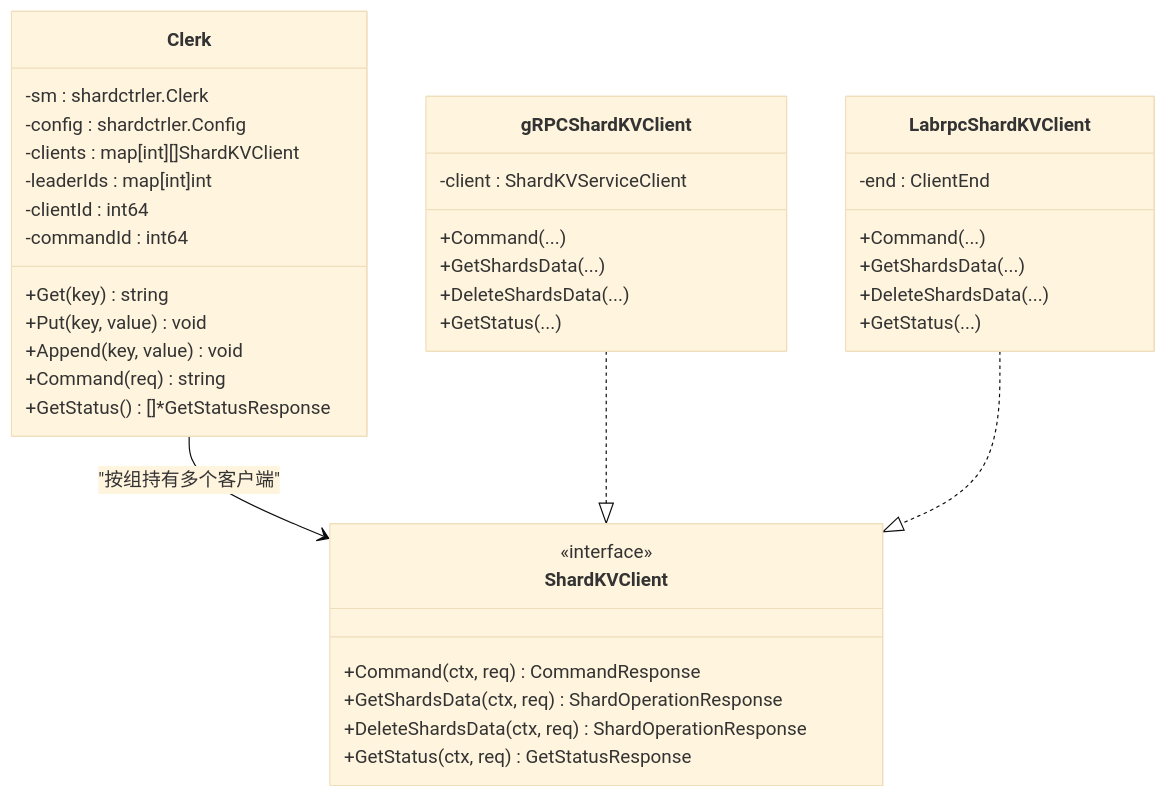
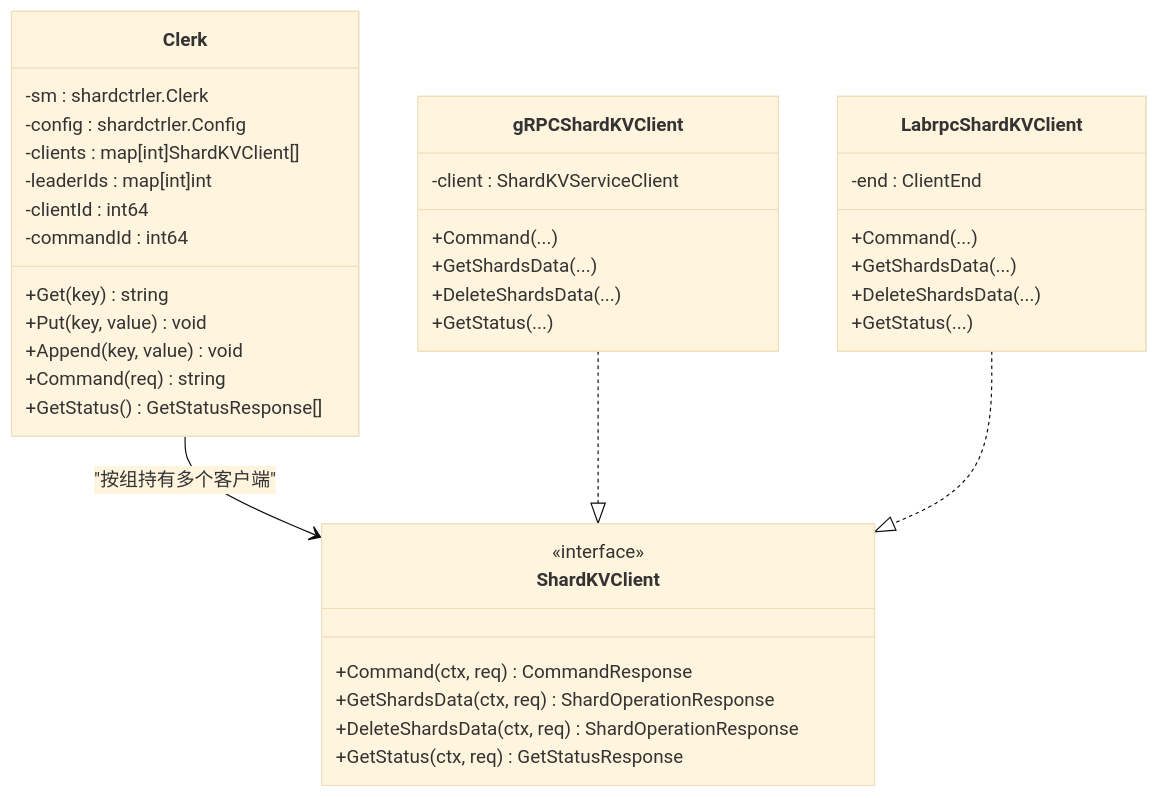
Before and after one commit to eraft-io/eraft: the third of 7 diagrams in wiki/客户端实现/分片 KV 客户端.md, drawn with Mermaid (base theme). The commit also changed 35 other files, not shown here.

````diff
--- a/wiki/客户端实现/分片 KV 客户端.md
+++ b/wiki/客户端实现/分片 KV 客户端.md
@@ -126,40 +126,40 @@
 ```mermaid
 classDiagram
 class Clerk {
 -sm : shardctrler.Clerk
 -config : shardctrler.Config
--clients : map[int][]ShardKVClient
+-clients : map[int]ShardKVClient[]
 -leaderIds : map[int]int
 -clientId : int64
 -commandId : int64
 +Get(key) string
 +Put(key, value) void
 +Append(key, value) void
 +Command(req) string
-+GetStatus() []*GetStatusResponse
++GetStatus() GetStatusResponse[]
 }
 class ShardKVClient {
 <<interface>>
 +Command(ctx, req) CommandResponse
 +GetShardsData(ctx, req) ShardOperationResponse
 +DeleteShardsData(ctx, req) ShardOperationResponse
 +GetStatus(ctx, req) GetStatusResponse
 }
 class gRPCShardKVClient {
 -client : ShardKVServiceClient
 +Command(...)
 +GetShardsData(...)
 +DeleteShardsData(...)
 +GetStatus(...)
 }
 class LabrpcShardKVClient {
 -end : ClientEnd
 +Command(...)
 +GetShardsData(...)
 +DeleteShardsData(...)
 +GetStatus(...)
 }
 Clerk --> ShardKVClient : "按组持有多个客户端"
 gRPCShardKVClient ..|> ShardKVClient
 LabrpcShardKVClient ..|> ShardKVClient
 ```
````
